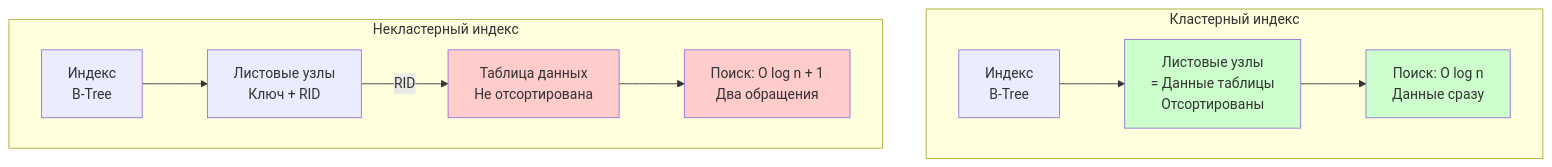
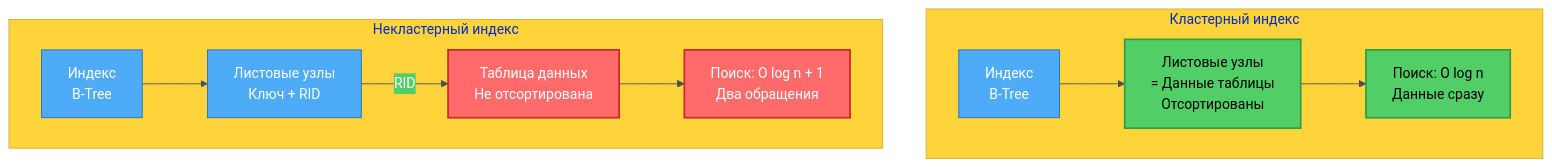
Before and after one commit to alx314vo/db_exam: diagram 16 of 23 in db_exam.md, drawn with Mermaid. The commit also changed other lines of this file, not shown here.

Commit message:
added diagrams

````diff
--- a/db_exam.md
+++ b/db_exam.md
@@ -1011,18 +1125,19 @@
 ```mermaid
+%%{init: {'theme':'base', 'themeVariables': {'primaryColor':'#4dabf7','primaryTextColor':'#fff','primaryBorderColor':'#1971c2','lineColor':'#495057','secondaryColor':'#51cf66','tertiaryColor':'#ffd43b'}}}%%
 graph TB
     subgraph "Кластерный индекс"
         CI1[Индекс<br/>B-Tree] --> CI2[Листовые узлы<br/>= Данные таблицы<br/>Отсортированы]
         CI2 --> CI3[Поиск: O log n<br/>Данные сразу]
     end
     
     subgraph "Некластерный индекс"
         NCI1[Индекс<br/>B-Tree] --> NCI2[Листовые узлы<br/>Ключ + RID]
         NCI2 -->|RID| NCI3[Таблица данных<br/>Не отсортирована]
         NCI3 --> NCI4[Поиск: O log n + 1<br/>Два обращения]
     end
     
-    style CI2 fill:#ccffcc
-    style CI3 fill:#ccffcc
-    style NCI3 fill:#ffcccc
-    style NCI4 fill:#ffcccc
+    style CI2 fill:#51cf66,stroke:#2f9e44,stroke-width:2px,color:#000
+    style CI3 fill:#51cf66,stroke:#2f9e44,stroke-width:2px,color:#000
+    style NCI3 fill:#ff6b6b,stroke:#c92a2a,stroke-width:2px,color:#fff
+    style NCI4 fill:#ff6b6b,stroke:#c92a2a,stroke-width:2px,color:#fff
 ```
````
